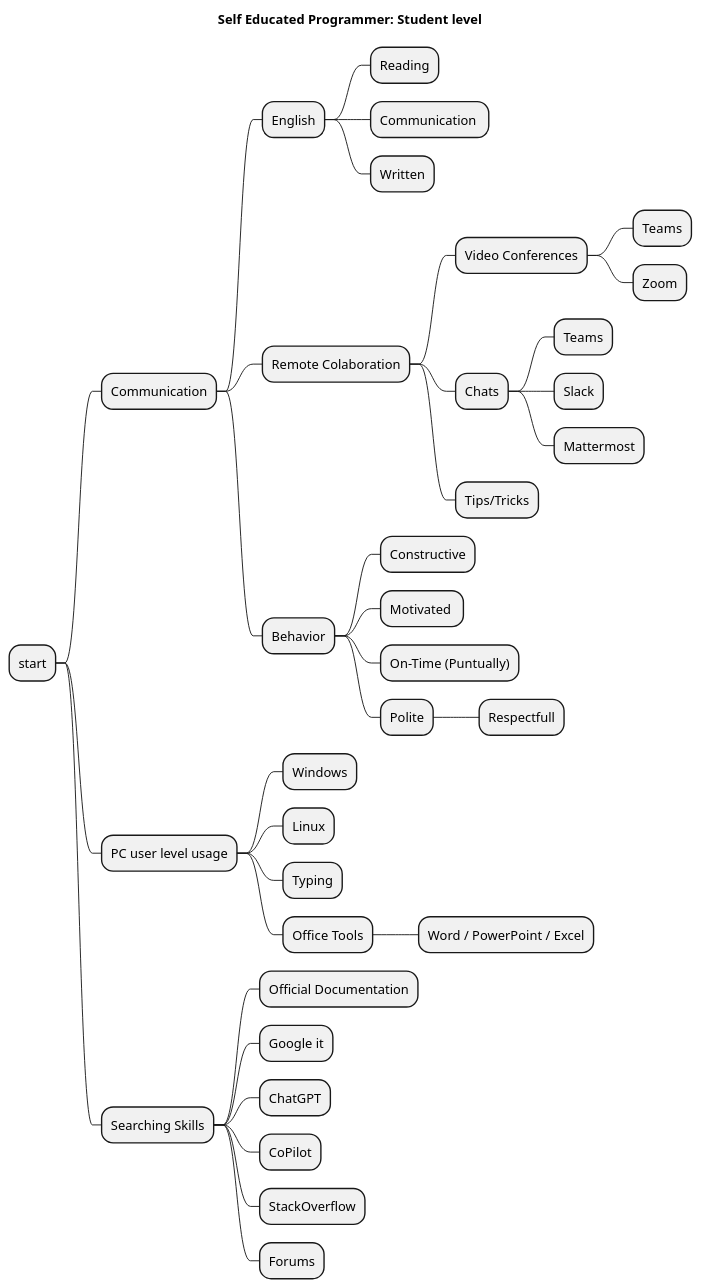
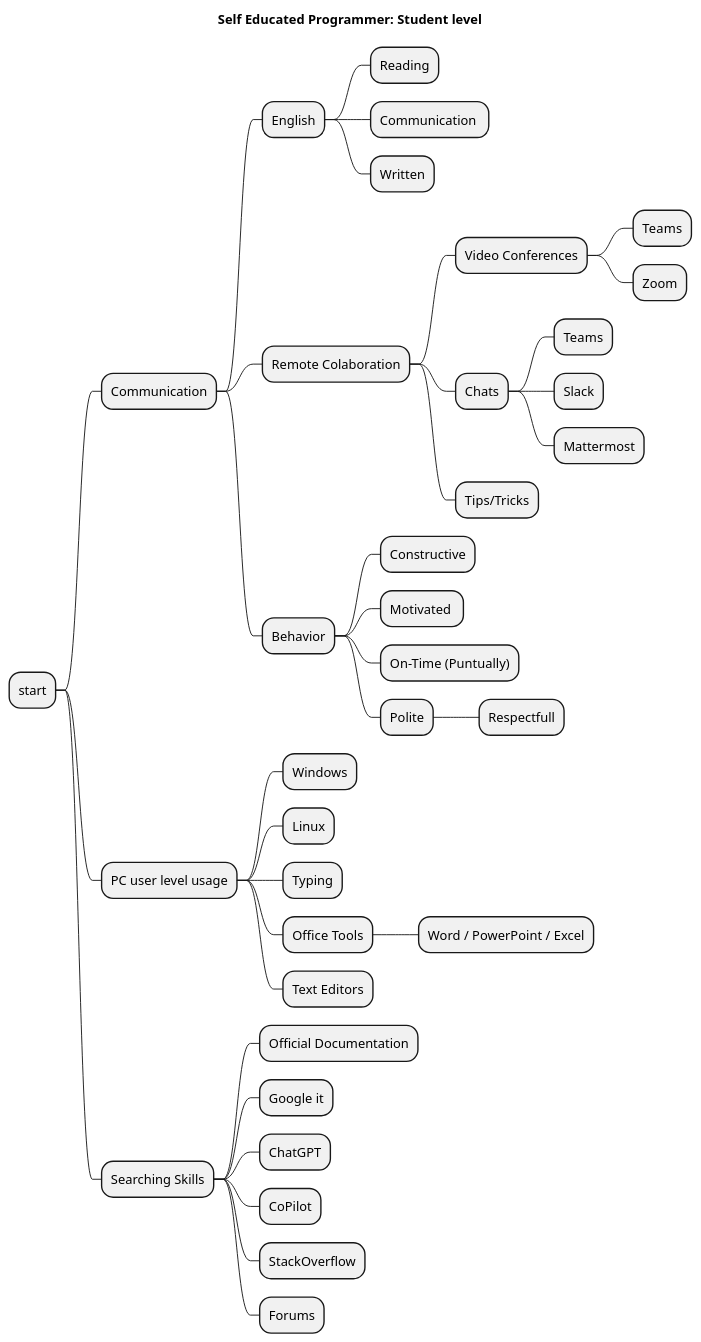
The diagram in student_level.puml (SmartSoftDev/self_educated_software_programmer_path), drawn with PlantUML before and after one commit. The commit also changed 12 other files, not shown here.

```diff
--- a/student_level.puml
+++ b/student_level.puml
@@ -1,39 +1,42 @@
 @startmindmap
 title Self Educated Programmer: Student level
 
 * start
 ** Communication
 *** English
 **** Reading
 **** Communication 
 **** Written
 *** Remote Colaboration
 **** Video Conferences
 ***** Teams
 ***** Zoom
 **** Chats
 ***** Teams
 ***** Slack
 ***** Mattermost
 **** Tips/Tricks
 *** Behavior
 **** Constructive
 **** Motivated 
 **** On-Time (Puntually)
 **** Polite
 ***** Respectfull
+
 ** PC user level usage
 *** Windows
 *** Linux
 *** Typing
 *** Office Tools
 **** Word / PowerPoint / Excel
+*** Text Editors
+
 ** Searching Skills
 *** Official Documentation
 *** Google it
 *** ChatGPT
 *** CoPilot
 *** StackOverflow
 *** Forums
 
 @endmindmap
```
